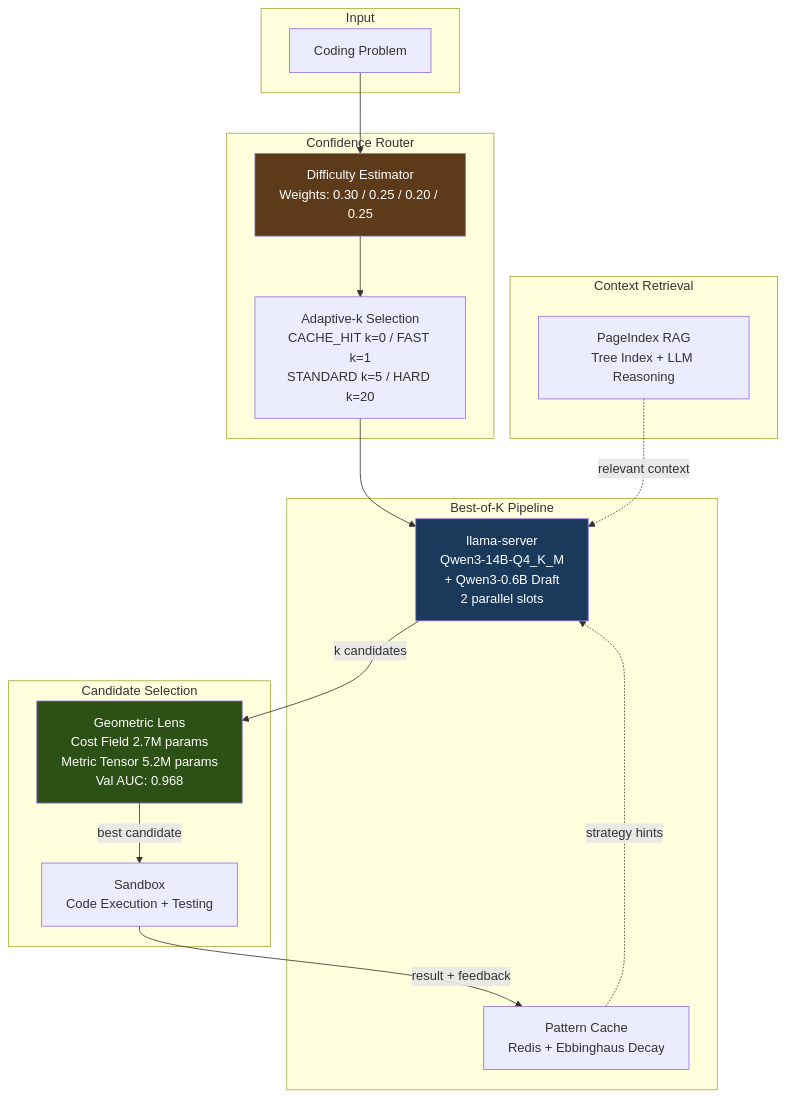
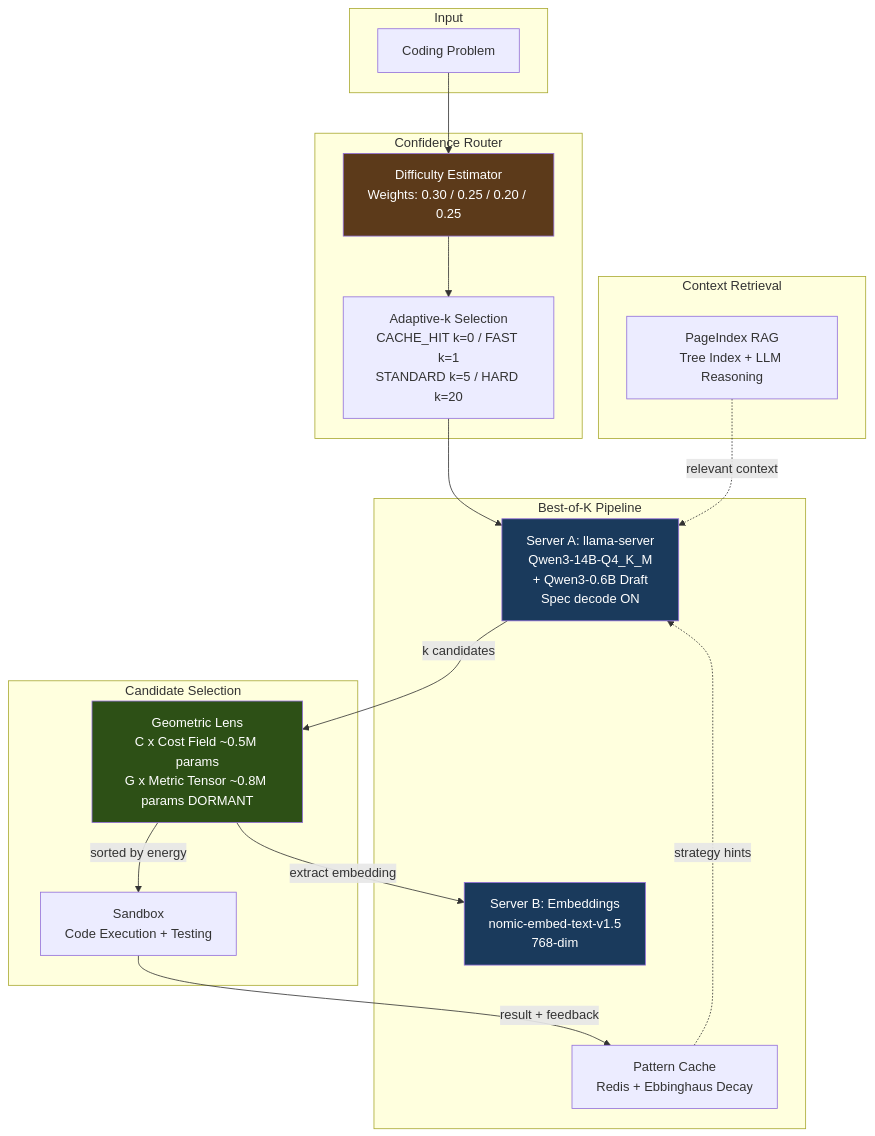
Before and after one commit to itigges22/ATLAS: the diagram in README.md, drawn with Mermaid. The commit also changed other lines of this file and 4 other files, not shown here.

````diff
--- a/README.md
+++ b/README.md
@@ -48,38 +50,41 @@
 ```mermaid
 flowchart TB
   subgraph Input
     Problem[Coding Problem]
   end
 
   subgraph Routing["Confidence Router"]
     DE[Difficulty Estimator<br/>Weights: 0.30 / 0.25 / 0.20 / 0.25]
     AK[Adaptive-k Selection<br/>CACHE_HIT k=0 / FAST k=1<br/>STANDARD k=5 / HARD k=20]
   end
 
   subgraph Generation["Best-of-K Pipeline"]
-    LS[llama-server<br/>Qwen3-14B-Q4_K_M<br/>+ Qwen3-0.6B Draft<br/>2 parallel slots]
+    LS[Server A: llama-server<br/>Qwen3-14B-Q4_K_M<br/>+ Qwen3-0.6B Draft<br/>Spec decode ON]
+    EM[Server B: Embeddings<br/>nomic-embed-text-v1.5<br/>768-dim]
     PC[Pattern Cache<br/>Redis + Ebbinghaus Decay]
   end
 
   subgraph Evaluation["Candidate Selection"]
-    GL[Geometric Lens<br/>Cost Field 2.7M params<br/>Metric Tensor 5.2M params<br/>Val AUC: 0.968]
+    GL[Geometric Lens<br/>C x Cost Field ~0.5M params<br/>G x Metric Tensor ~0.8M params DORMANT]
     SB[Sandbox<br/>Code Execution + Testing]
   end
 
   subgraph Knowledge["Context Retrieval"]
     PI[PageIndex RAG<br/>Tree Index + LLM Reasoning]
   end
 
   Problem --> DE
   DE --> AK
   AK --> LS
   PC -.->|strategy hints| LS
   PI -.->|relevant context| LS
   LS -->|k candidates| GL
-  GL -->|best candidate| SB
+  GL -->|extract embedding| EM
+  GL -->|sorted by energy| SB
   SB -->|result + feedback| PC
 
   style GL fill:#2d5016,color:#fff
   style LS fill:#1a3a5c,color:#fff
+  style EM fill:#1a3a5c,color:#fff
   style DE fill:#5c3a1a,color:#fff
 ```
````
